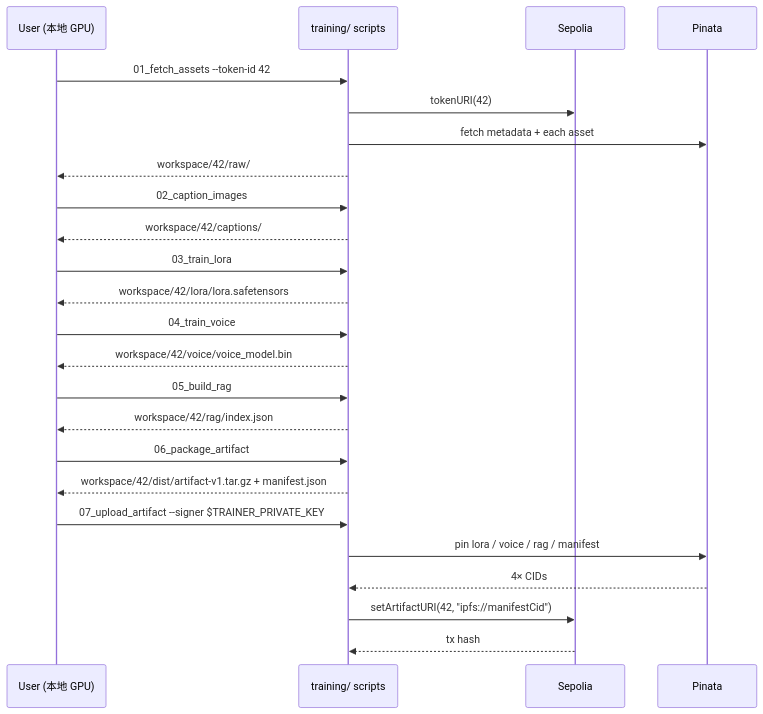
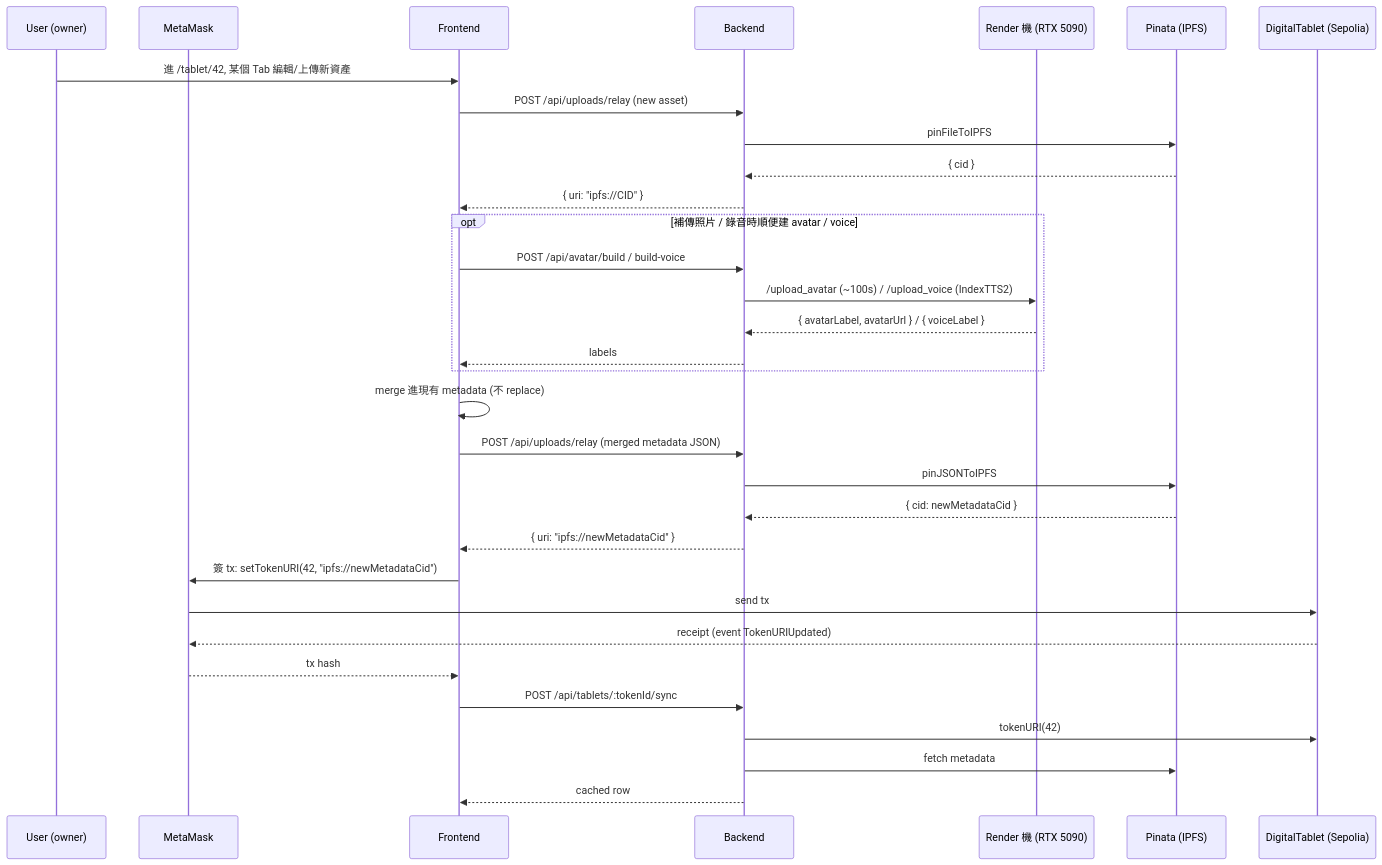
The second of 4 diagrams in docs/data-flow.md (frank931023/Your-Mama-IsDead), drawn with Mermaid before and after one commit. The commit also changed other lines of this file and 42 other files, not shown here.

Commit message:
feat: add RAG(pgvector) + local streaming 3DGS avatar(LAM + qwen + indextts2 + artalk)

````diff
--- a/docs/data-flow.md
+++ b/docs/data-flow.md
@@ -37,33 +54,37 @@
 ```mermaid
 sequenceDiagram
-    participant U as User (本地 GPU)
-    participant T as training/ scripts
-    participant C as Sepolia
-    participant P as Pinata
+    participant U as User (owner)
+    participant W as MetaMask
+    participant FE as Frontend
+    participant BE as Backend
+    participant R as Render 機 (RTX 5090)
+    participant P as Pinata (IPFS)
+    participant C as DigitalTablet (Sepolia)
 
-    U->>T: 01_fetch_assets --token-id 42
-    T->>C: tokenURI(42)
-    T->>P: fetch metadata + each asset
-    T-->>U: workspace/42/raw/
+    U->>FE: 進 /tablet/42, 某個 Tab 編輯/上傳新資產
+    FE->>BE: POST /api/uploads/relay (new asset)
+    BE->>P: pinFileToIPFS
+    P-->>BE: { cid }
+    BE-->>FE: { uri: "ipfs://CID" }
 
-    U->>T: 02_caption_images
-    T-->>U: workspace/42/captions/
+    opt 補傳照片 / 錄音時順便建 avatar / voice
+        FE->>BE: POST /api/avatar/build / build-voice
+        BE->>R: /upload_avatar (~100s) / /upload_voice (IndexTTS2)
+        R-->>BE: { avatarLabel, avatarUrl } / { voiceLabel }
+        BE-->>FE: labels
+    end
 
-    U->>T: 03_train_lora
-    T-->>U: workspace/42/lora/lora.safetensors
-
-    U->>T: 04_train_voice
-    T-->>U: workspace/42/voice/voice_model.bin
-
-    U->>T: 05_build_rag
-    T-->>U: workspace/42/rag/index.json
-
-    U->>T: 06_package_artifact
-    T-->>U: workspace/42/dist/artifact-v1.tar.gz + manifest.json
-
-    U->>T: 07_upload_artifact --signer $TRAINER_PRIVATE_KEY
-    T->>P: pin lora / voice / rag / manifest
-    P-->>T: 4× CIDs
-    T->>C: setArtifactURI(42, "ipfs://manifestCid")
-    C-->>T: tx hash
+    FE->>FE: merge 進現有 metadata (不 replace)
+    FE->>BE: POST /api/uploads/relay (merged metadata JSON)
+    BE->>P: pinJSONToIPFS
+    P-->>BE: { cid: newMetadataCid }
+    BE-->>FE: { uri: "ipfs://newMetadataCid" }
+    FE->>W: 簽 tx: setTokenURI(42, "ipfs://newMetadataCid")
+    W->>C: send tx
+    C-->>W: receipt (event TokenURIUpdated)
+    W-->>FE: tx hash
+    FE->>BE: POST /api/tablets/:tokenId/sync
+    BE->>C: tokenURI(42)
+    BE->>P: fetch metadata
+    BE-->>FE: cached row
 ```
````
